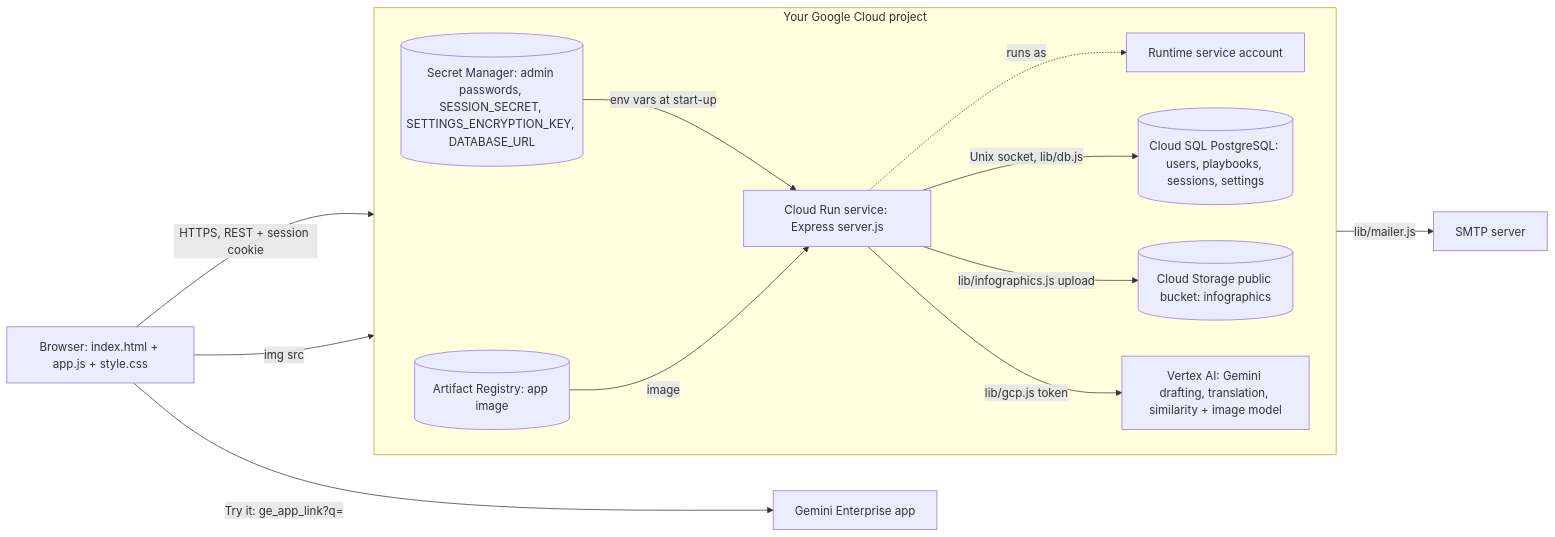
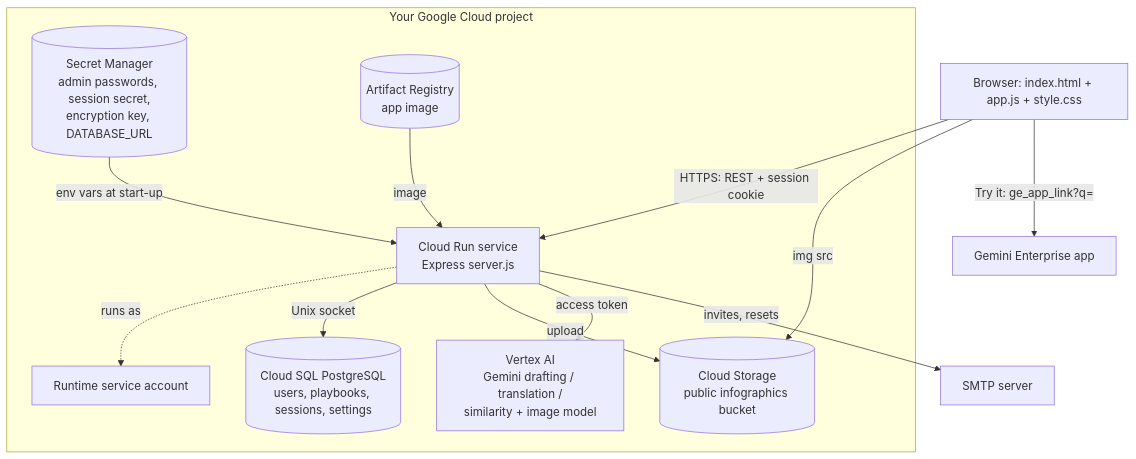
Before and after one commit to MrRoyRoy/ge_learning_portal_edu: the first of 4 diagrams in README.md, drawn with Mermaid. The commit also changed other lines of this file and 4 other files, not shown here.

Commit message:
docs: handbook (GitHub, self-provisioning, cost estimate), README cost section + runtime diagram; deploy.sh destroy

````diff
--- a/README.md
+++ b/README.md
@@ -111,26 +114,25 @@
 ```mermaid
-flowchart LR
+flowchart TB
   Browser["Browser: index.html + app.js + style.css"]
+  subgraph GCP["Your Google Cloud project"]
+    Run["Cloud Run service<br/>Express server.js"]
+    SA["Runtime service account"]
+    SM[("Secret Manager<br/>admin passwords, session secret,<br/>encryption key, DATABASE_URL")]
+    AR[("Artifact Registry<br/>app image")]
+    SQL[("Cloud SQL PostgreSQL<br/>users, playbooks, sessions, settings")]
+    GCS[("Cloud Storage<br/>public infographics bucket")]
+    Vertex["Vertex AI<br/>Gemini drafting / translation /<br/>similarity + image model"]
+  end
   GE["Gemini Enterprise app"]
   SMTP["SMTP server"]
-  subgraph GCP["Your Google Cloud project"]
-    direction LR
-    Run["Cloud Run service: Express server.js"]
-    SA["Runtime service account"]
-    SM[("Secret Manager: admin passwords, SESSION_SECRET, SETTINGS_ENCRYPTION_KEY, DATABASE_URL")]
-    SQL[("Cloud SQL PostgreSQL: users, playbooks, sessions, settings")]
-    GCS[("Cloud Storage public bucket: infographics")]
-    Vertex["Vertex AI: Gemini drafting, translation, similarity + image model"]
-    AR[("Artifact Registry: app image")]
-  end
-  Browser -->|"HTTPS, REST + session cookie"| Run
+  Browser -->|"HTTPS: REST + session cookie"| Run
   Browser -->|"img src"| GCS
   Browser -->|"Try it: ge_app_link?q="| GE
+  SM -->|"env vars at start-up"| Run
+  AR -->|"image"| Run
   Run -. "runs as" .-> SA
-  SM -->|"env vars at start-up"| Run
-  Run -->|"Unix socket, lib/db.js"| SQL
-  Run -->|"lib/infographics.js upload"| GCS
-  Run -->|"lib/gcp.js token"| Vertex
-  Run -->|"lib/mailer.js"| SMTP
-  AR -->|"image"| Run
+  Run -->|"Unix socket"| SQL
+  Run -->|"upload"| GCS
+  Run -->|"access token"| Vertex
+  Run -->|"invites, resets"| SMTP
 ```
````
